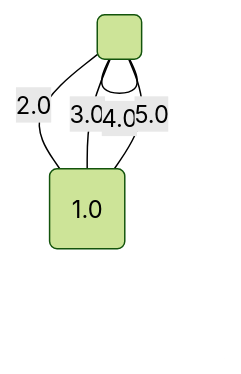
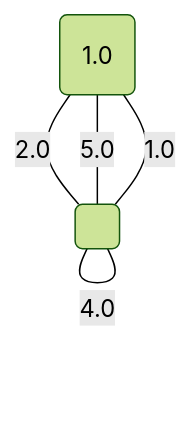
Before and after one commit to metury/graphs: the fifth of 5 diagrams in project/src/testing/showcase/minCut.md, drawn with Mermaid (forest theme). The commit also changed other lines of this file and 33 other files, not shown here.

````diff
--- a/project/src/testing/showcase/minCut.md
+++ b/project/src/testing/showcase/minCut.md
@@ -80,9 +81,10 @@
 ```mermaid
 graph TD;
 	0("1.0");
 	1(" ");
-	1 -- "2.0" --- 0;
-	1 -- "3.0" --- 0;
+	1 -- "0.0" --- 1;
+	1 -- "1.0" --- 0;
+	0 -- "2.0" --- 1;
 	1 -- "4.0" --- 1;
-	1 -- "5.0" --- 0;
+	0 -- "5.0" --- 1;
 ```
````
